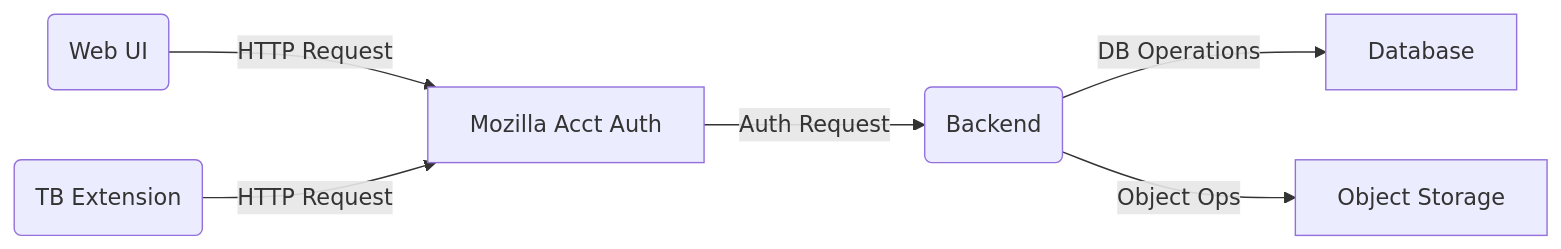
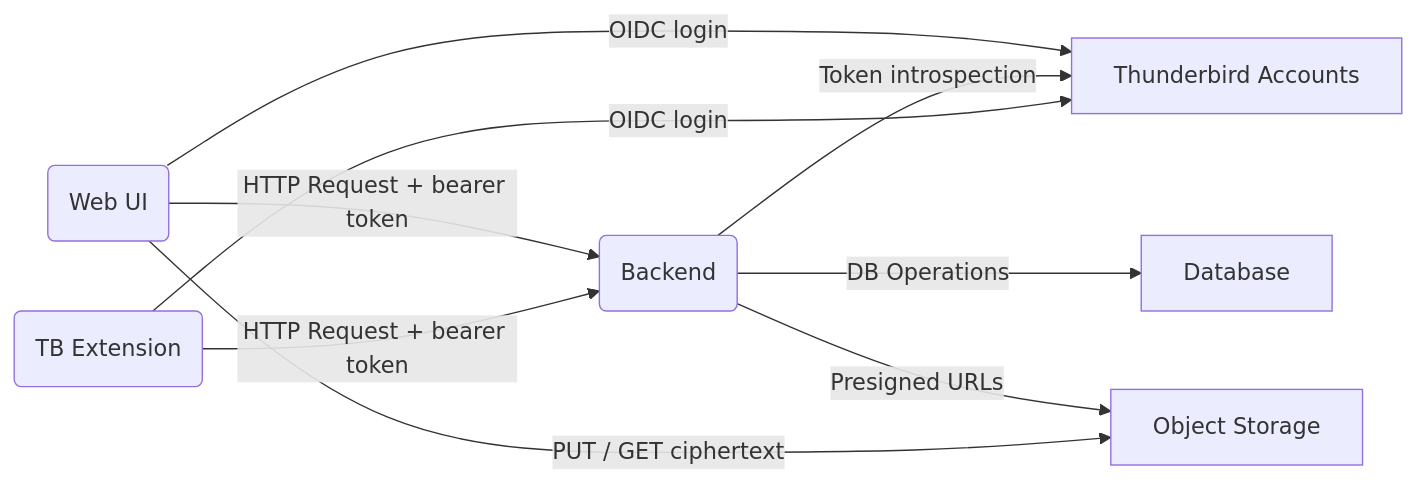
One commit to thunderbird/tbpro-add-on changed the first of 4 diagrams in packages/send/docs/EngDesignDoc.md. Above: the diagram before and after it, drawn with Mermaid. The commit also changed other lines of this file and 14 other files, not shown here.

````diff
--- a/packages/send/docs/EngDesignDoc.md
+++ b/packages/send/docs/EngDesignDoc.md
@@ -60,9 +60,12 @@
 ```mermaid
 graph LR
-  Client1(Web UI) -- HTTP Request --> AuthServer[Mozilla Acct Auth]
-  AuthServer -- Auth Request --> HTTP_API(Backend)
+  Client1(Web UI) -- OIDC login --> AuthServer[Thunderbird Accounts]
+  Client1 -- HTTP Request + bearer token --> HTTP_API(Backend)
+  HTTP_API -- Token introspection --> AuthServer
   HTTP_API -- DB Operations --> Database
-  HTTP_API -- Object Ops --> ObjectStorage[Object Storage]
+  HTTP_API -- Presigned URLs --> ObjectStorage[Object Storage]
+  Client1 -- PUT / GET ciphertext --> ObjectStorage
 
-  Client2(TB Extension) -- HTTP Request --> AuthServer[Mozilla Acct Auth]
+  Client2(TB Extension) -- OIDC login --> AuthServer
+  Client2 -- HTTP Request + bearer token --> HTTP_API
 ```
````
